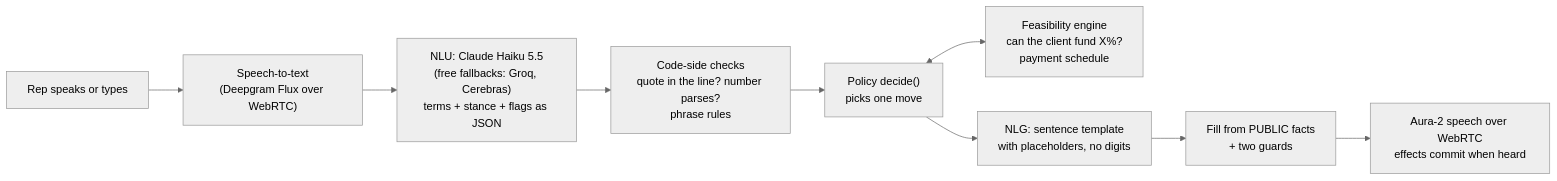
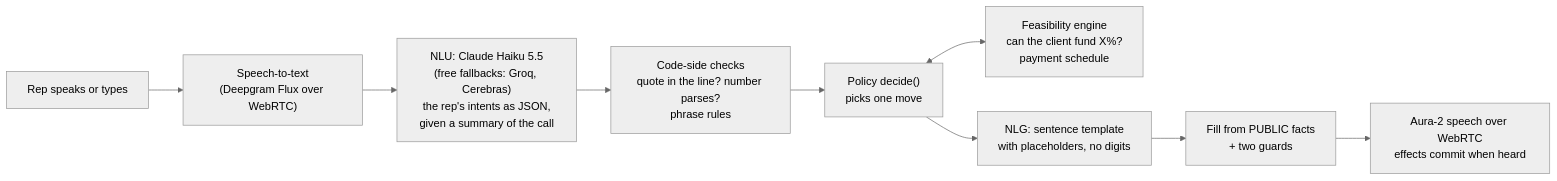
The diagram in README.md (strike0702/Debt-Settlement-Agent), drawn with Mermaid (neutral theme) before and after one commit. The commit also changed other lines of this file, not shown here.

Commit message:
README: current NLU and voice numbers

````diff
--- a/README.md
+++ b/README.md
@@ -19,11 +19,11 @@
 ```mermaid
 flowchart LR
   Rep["Rep speaks or types"] --> STT["Speech-to-text<br/>(Deepgram Flux over WebRTC)"]
-  STT --> NLU["NLU: Claude Haiku 5.5<br/>(free fallbacks: Groq, Cerebras)<br/>terms + stance + flags as JSON"]
+  STT --> NLU["NLU: Claude Haiku 5.5<br/>(free fallbacks: Groq, Cerebras)<br/>the rep's intents as JSON,<br/>given a summary of the call"]
   NLU --> Check["Code-side checks<br/>quote in the line? number parses?<br/>phrase rules"]
   Check --> Policy["Policy decide()<br/>picks one move"]
   Policy <--> Engine["Feasibility engine<br/>can the client fund X%?<br/>payment schedule"]
   Policy --> NLG["NLG: sentence template<br/>with placeholders, no digits"]
   NLG --> Guards["Fill from PUBLIC facts<br/>+ two guards"]
   Guards --> Speak["Aura-2 speech over WebRTC<br/>effects commit when heard"]
 ```
````
